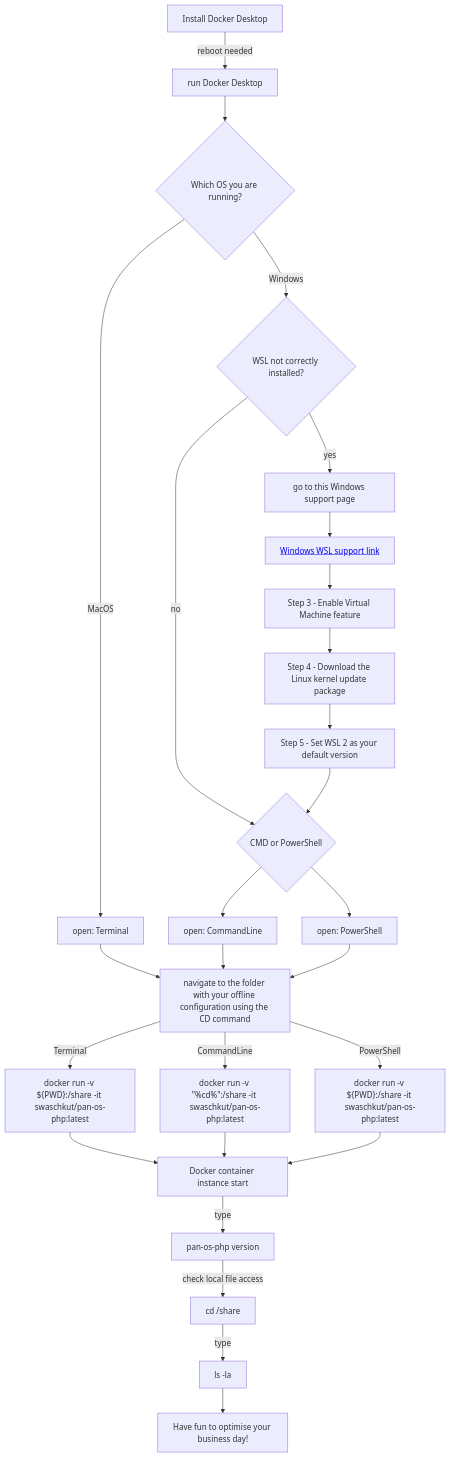
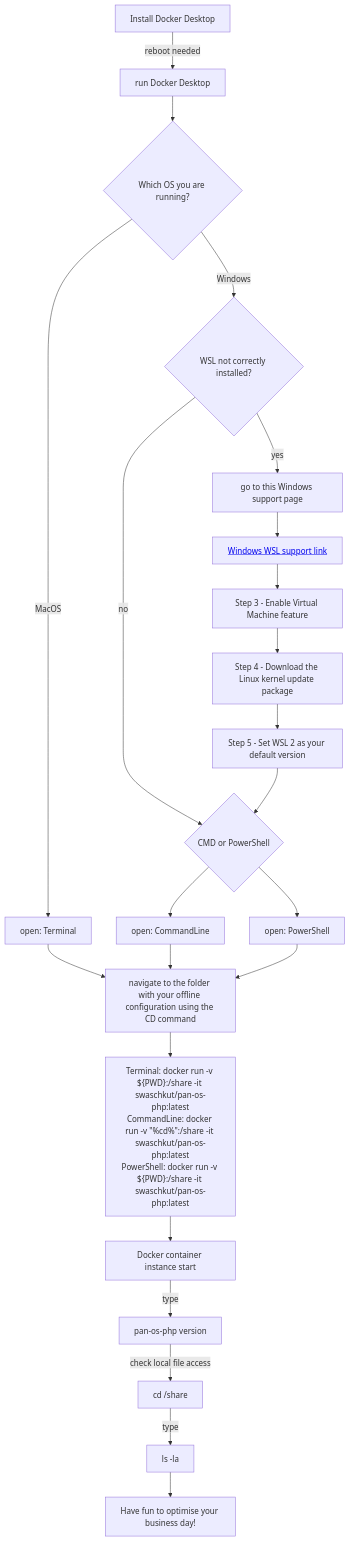
The diagram in READMEdocker.md (PaloAltoNetworks/pan-os-php), drawn with Mermaid before and after one commit.

````diff
--- a/READMEdocker.md
+++ b/READMEdocker.md
@@ -4,62 +4,53 @@
 ```mermaid
 graph TD
     
     
     BB[Install Docker Desktop] -->|reboot needed| CC[run Docker Desktop]
     CC --> CC1[which OS]
     
     CC1{Which OS you are running?} -->|MacOS| B1[open: Terminal]
     CC1{Which OS you are running?} -->|Windows| C1[check Docker]
     
     
     B1 --> Z1[navigate to the folder with your offline configuration using the CD command]
-    
-  
-    Z1 -->|Terminal| K1A["docker run -v ${PWD}:/share -it swaschkut/pan-os-php:latest"]
-    
-    
-   
-    
-    
+       
  
     
     C1{WSL not correctly installed?} -->|no| C8[continue]
     C1{WSL not correctly installed?} -->|yes| C3[go to this Windows support page]
     
    
     
     C3 --> C4[<a href='https://docs.microsoft.com/en-gb/windows/wsl/install-manual'>Windows WSL support link</a>]
     
     C4 --> C5[Step 3 - Enable Virtual Machine feature]
     C5 --> C6[Step 4 - Download the Linux kernel update package]
     C6 --> C7[Step 5 - Set WSL 2 as your default version]
     
     
     C7 --> C8[continue]
     
     C8{CMD or PowerShell} --> E2[open: CommandLine]
     C8{CMD or PowerShell} --> F2[open: PowerShell]
     
     
     E2 --> Z1[navigate to the folder with your offline configuration using the CD command]
     
     F2 --> Z1[navigate to the folder with your offline configuration using the CD command]
     
     
-    Z1 -->|CommandLine| K1B["docker run -v #quot;%cd%#quot;:/share -it swaschkut/pan-os-php:latest"]
-    Z1 -->|PowerShell| K1C["docker run -v ${PWD}:/share -it swaschkut/pan-os-php:latest"]
+    Z1 --> K1["Terminal: docker run -v ${PWD}:/share -it swaschkut/pan-os-php:latest<br />CommandLine: docker run -v #quot;%cd%#quot;:/share -it swaschkut/pan-os-php:latest<br />PowerShell: docker run -v ${PWD}:/share -it swaschkut/pan-os-php:latest<br />"]
+    
     
     
     
  
     
-    K1A --> K3[Docker container instance start]
-    K1B --> K3[Docker container instance start]
-    K1C --> K3[Docker container instance start]
+    K1 --> K3[Docker container instance start]
     K3 -->|type| L[pan-os-php version]
 
     L -->|check local file access| M[cd /share]
     M -->|type| R[ls -la]
     
     R --> S[Have fun to optimise your business day!]
 ```
````
